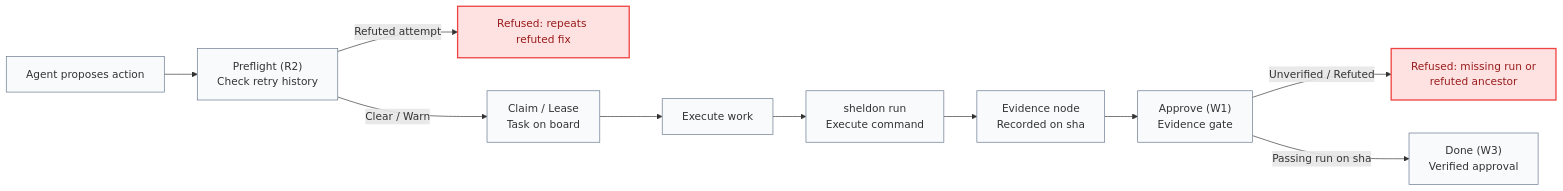
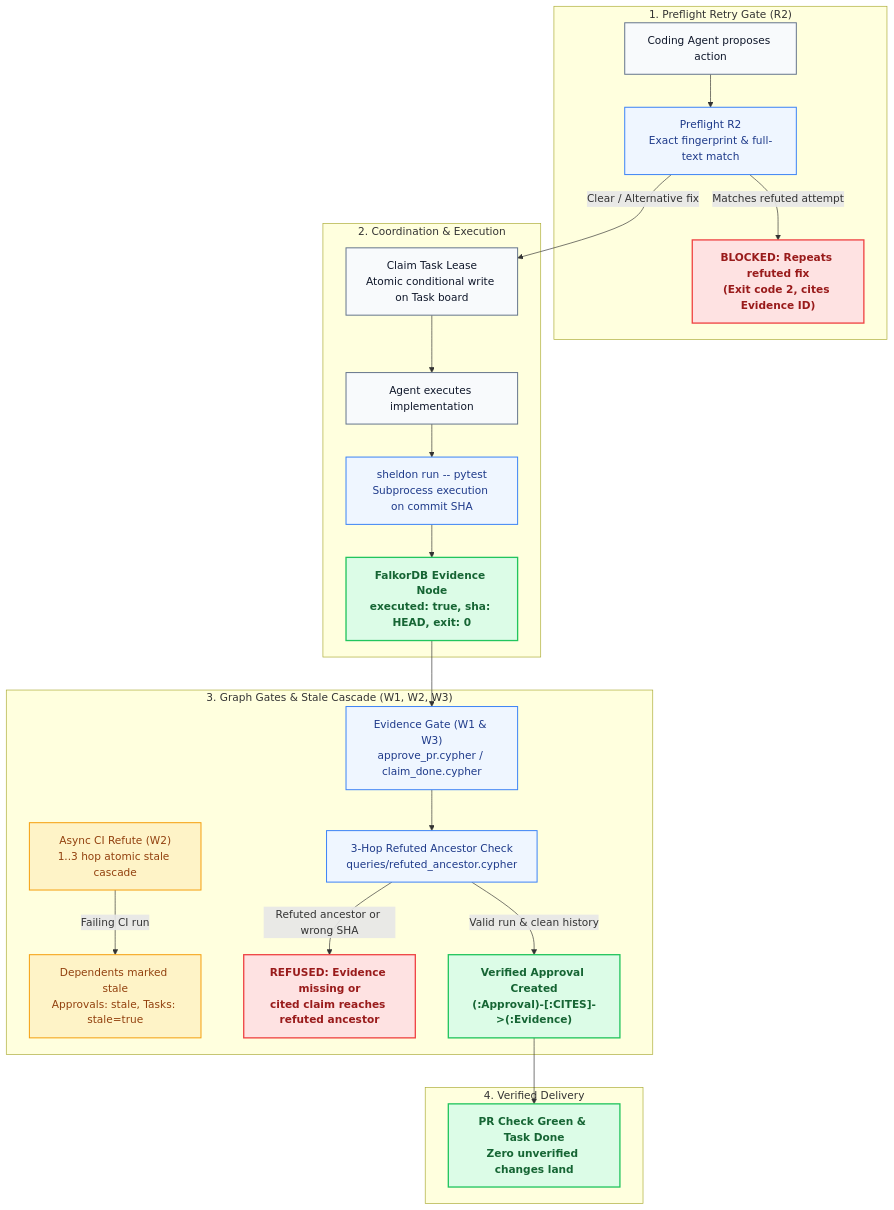
The first of 2 diagrams in README.md (nothariharan/sheldon), drawn with Mermaid before and after one commit. The commit also changed other lines of this file and 2 other files, not shown here.

Commit message:
docs: add SVGs, expand how-it-works diagram, remove graph diagram and team section, add license

````diff
--- a/README.md
+++ b/README.md
@@ -15,26 +22,48 @@
 ```mermaid
-flowchart LR
-    classDef refused fill:#fee2e2,stroke:#ef4444,stroke-width:2px,color:#991b1b
-    classDef step fill:#f8fafc,stroke:#64748b,stroke-width:1px
+flowchart TD
+    classDef refused fill:#fee2e2,stroke:#ef4444,stroke-width:2px,color:#991b1b,font-weight:bold
+    classDef ok fill:#dcfce7,stroke:#22c55e,stroke-width:2px,color:#166534,font-weight:bold
+    classDef gate fill:#eff6ff,stroke:#3b82f6,stroke-width:1.5px,color:#1e3a8a
+    classDef action fill:#f8fafc,stroke:#64748b,stroke-width:1.5px,color:#0f172a
+    classDef cascade fill:#fef3c7,stroke:#f59e0b,stroke-width:1.5px,color:#92400e
 
-    Agent["Agent proposes action"]:::step
-    R2["Preflight (R2)<br/>Check retry history"]:::step
-    RefuseR2["Refused: repeats refuted fix"]:::refused
-    Lease["Claim / Lease<br/>Task on board"]:::step
-    Work["Execute work"]:::step
-    Run["sheldon run<br/>Execute command"]:::step
-    Evidence["Evidence node<br/>Recorded on sha"]:::step
-    W1["Approve (W1)<br/>Evidence gate"]:::step
-    RefuseW1["Refused: missing run or<br/>refuted ancestor"]:::refused
-    Done["Done (W3)<br/>Verified approval"]:::step
+    subgraph S1 ["1. Preflight Retry Gate (R2)"]
+        Agent["Coding Agent proposes action"]:::action
+        R2["Preflight R2<br/>Exact fingerprint & full-text match"]:::gate
+        BlockR2["BLOCKED: Repeats refuted fix<br/>(Exit code 2, cites Evidence ID)"]:::refused
+        Agent --> R2
+        R2 -- "Matches refuted attempt" --> BlockR2
+    end
 
-    Agent --> R2
-    R2 -- "Refuted attempt" --> RefuseR2
-    R2 -- "Clear / Warn" --> Lease
-    Lease --> Work
-    Work --> Run
-    Run --> Evidence
-    Evidence --> W1
-    W1 -- "Unverified / Refuted" --> RefuseW1
-    W1 -- "Passing run on sha" --> Done
+    subgraph S2 ["2. Coordination & Execution"]
+        Lease["Claim Task Lease<br/>Atomic conditional write on Task board"]:::action
+        Work["Agent executes implementation"]:::action
+        Run["sheldon run -- pytest<br/>Subprocess execution on commit SHA"]:::gate
+        Mint["FalkorDB Evidence Node<br/>executed: true, sha: HEAD, exit: 0"]:::ok
+        
+        R2 -- "Clear / Alternative fix" --> Lease
+        Lease --> Work
+        Work --> Run
+        Run --> Mint
+    end
+
+    subgraph S3 ["3. Graph Gates & Stale Cascade (W1, W2, W3)"]
+        W2["Async CI Refute (W2)<br/>1..3 hop atomic stale cascade"]:::cascade
+        Stale["Dependents marked stale<br/>Approvals: stale, Tasks: stale=true"]:::cascade
+        W1["Evidence Gate (W1 & W3)<br/>approve_pr.cypher / claim_done.cypher"]:::gate
+        CheckAncestor["3-Hop Refuted Ancestor Check<br/>queries/refuted_ancestor.cypher"]:::gate
+        RefuseGate["REFUSED: Evidence missing or<br/>cited claim reaches refuted ancestor"]:::refused
+        Approved["Verified Approval Created<br/>(:Approval)-[:CITES]->(:Evidence)"]:::ok
+
+        W2 -- "Failing CI run" --> Stale
+        Mint --> W1
+        W1 --> CheckAncestor
+        CheckAncestor -- "Refuted ancestor or wrong SHA" --> RefuseGate
+        CheckAncestor -- "Valid run & clean history" --> Approved
+    end
+
+    subgraph S4 ["4. Verified Delivery"]
+        Done["PR Check Green & Task Done<br/>Zero unverified changes land"]:::ok
+        Approved --> Done
+    end
 ```
````
